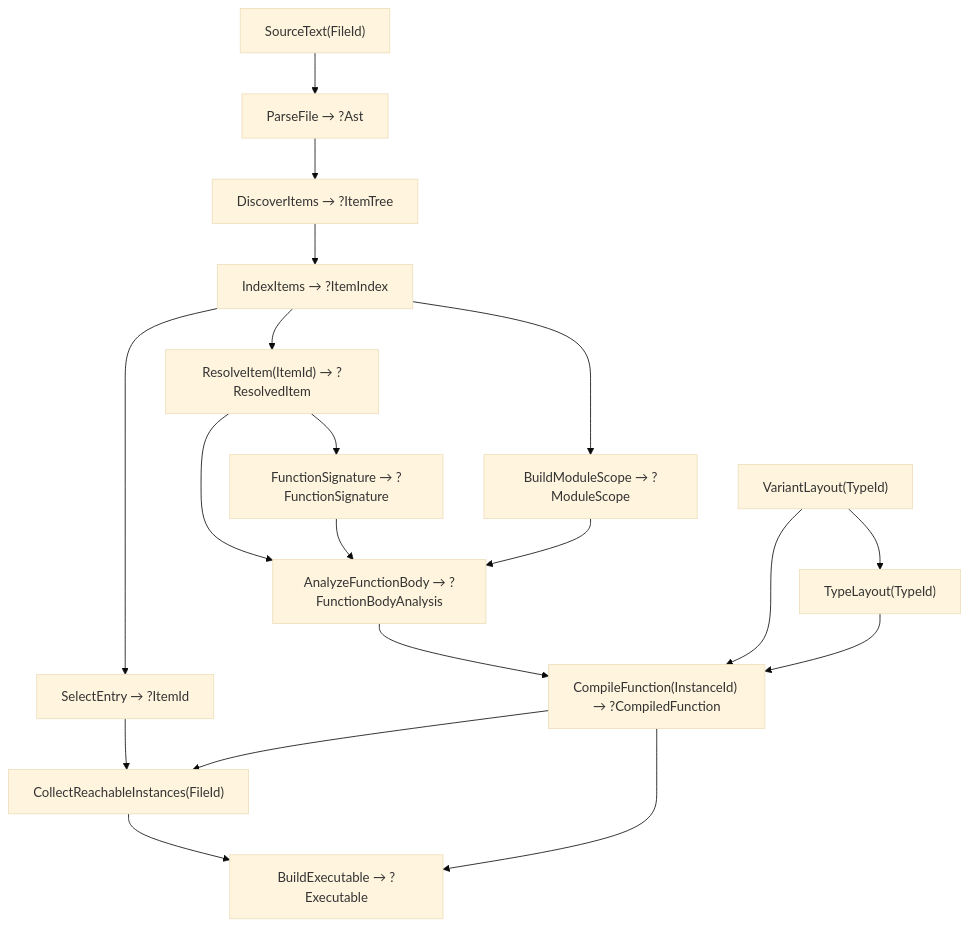
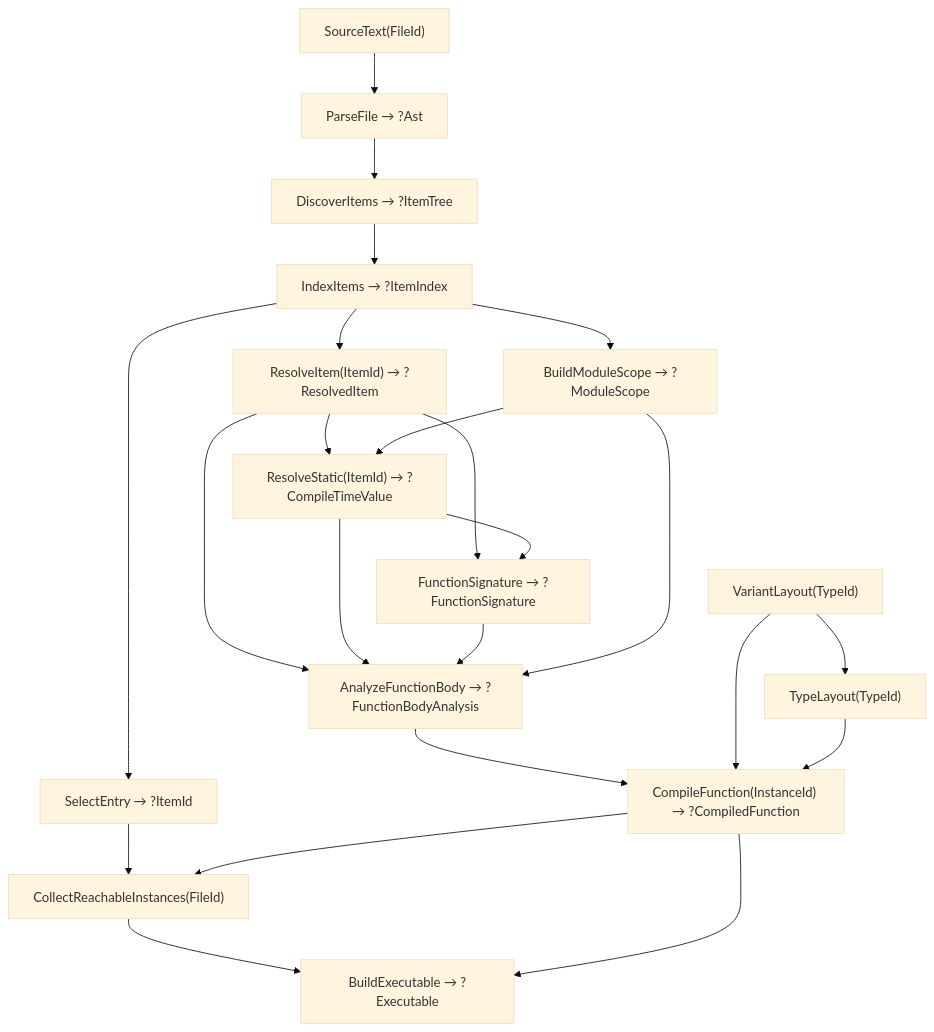
Before and after one commit to Pippepot/chimera-lang: the diagram in PROGRAM_FLOW.md, drawn with Mermaid (base theme). The commit also changed other lines of this file and 13 other files, not shown here.

````diff
--- a/PROGRAM_FLOW.md
+++ b/PROGRAM_FLOW.md
@@ -9,21 +9,25 @@
 ```mermaid
 flowchart TD
     ST["SourceText(FileId)"] --> PF["ParseFile → ?Ast"]
     PF --> DI["DiscoverItems → ?ItemTree"]
     DI --> IX["IndexItems → ?ItemIndex"]
     IX --> SE["SelectEntry → ?ItemId"]
     IX --> MS["BuildModuleScope → ?ModuleScope"]
     IX --> RI["ResolveItem(ItemId) → ?ResolvedItem"]
+    RI --> RS["ResolveStatic(ItemId) → ?CompileTimeValue"]
+    MS --> RS
     RI --> FS["FunctionSignature → ?FunctionSignature"]
+    RS --> FS
     RI --> AB["AnalyzeFunctionBody → ?FunctionBodyAnalysis"]
+    RS --> AB
     FS --> AB
     MS --> AB
     AB --> CF["CompileFunction(InstanceId) → ?CompiledFunction"]
     VL["VariantLayout(TypeId)"] --> TL["TypeLayout(TypeId)"]
     VL --> CF
     TL --> CF
     SE --> CR["CollectReachableInstances(FileId)"]
     CF --> CR
     CR --> BE["BuildExecutable → ?Executable"]
     CF --> BE
 ```
````
